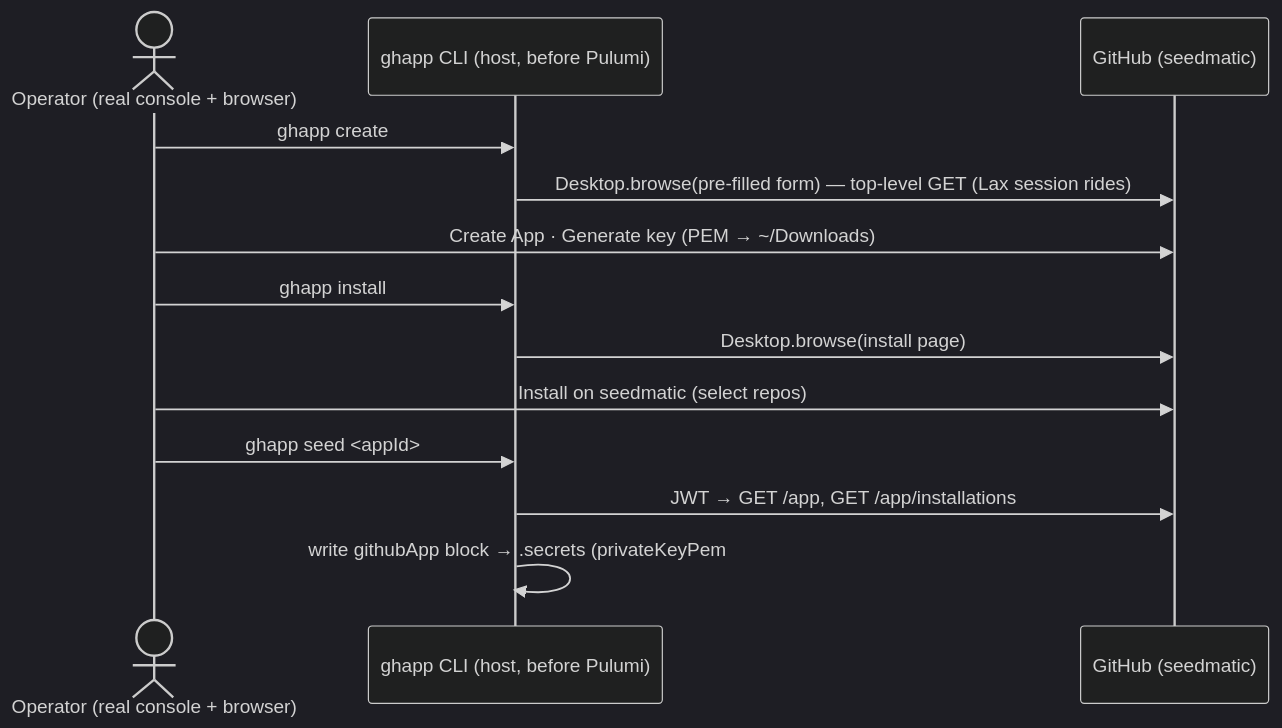
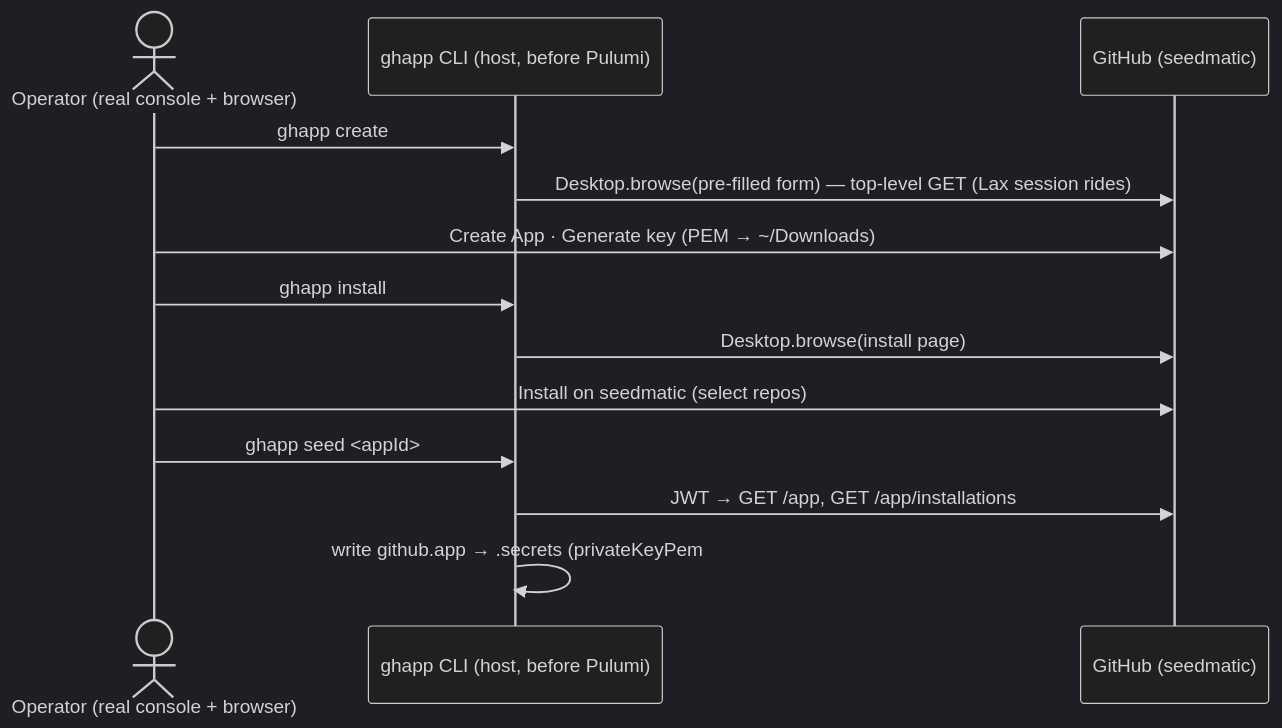
Before and after one commit to seedmatic/rke2lab: the first of 5 diagrams in docs/architecture/osgi/ghapp-domain-spec.adoc, drawn with Mermaid (dark theme). The commit also changed other lines of this file and 6 other files, not shown here.

First line of the commit message:
fix(ghapp): `ghapp seed` writes github.app, the block the readers read

```diff
--- a/docs/architecture/osgi/ghapp-domain-spec.adoc
+++ b/docs/architecture/osgi/ghapp-domain-spec.adoc
@@ -129,16 +129,16 @@
 [mermaid,ghapp-cli,svg]
 ----
 sequenceDiagram
   actor OP as Operator (real console + browser)
   participant CLI as ghapp CLI (host, before Pulumi)
   participant GH as GitHub (seedmatic)
   OP->>CLI: ghapp create
   CLI->>GH: Desktop.browse(pre-filled form) — top-level GET (Lax session rides)
   OP->>GH: Create App · Generate key (PEM → ~/Downloads)
   OP->>CLI: ghapp install
   CLI->>GH: Desktop.browse(install page)
   OP->>GH: Install on seedmatic (select repos)
   OP->>CLI: ghapp seed <appId>
   CLI->>GH: JWT → GET /app, GET /app/installations
-  CLI->>CLI: write githubApp block → .secrets (privateKeyPem # sops:encrypted)
+  CLI->>CLI: write github.app → .secrets (privateKeyPem # sops:encrypted)
 ----
```
